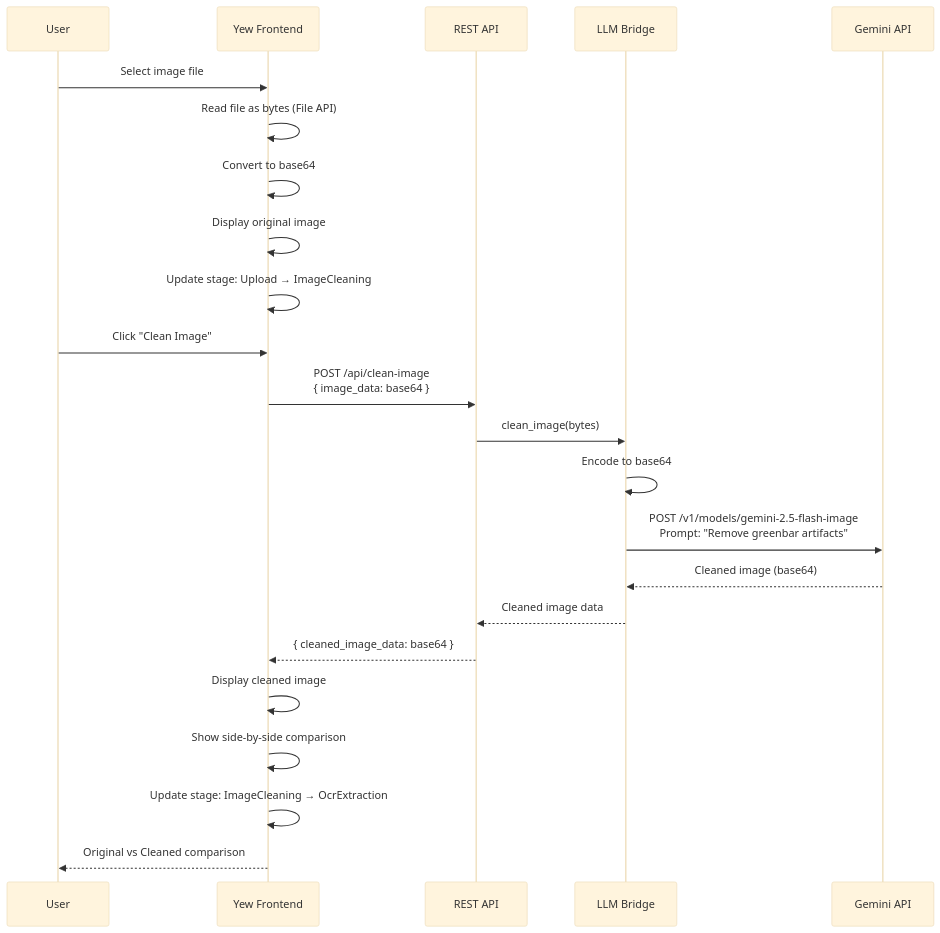
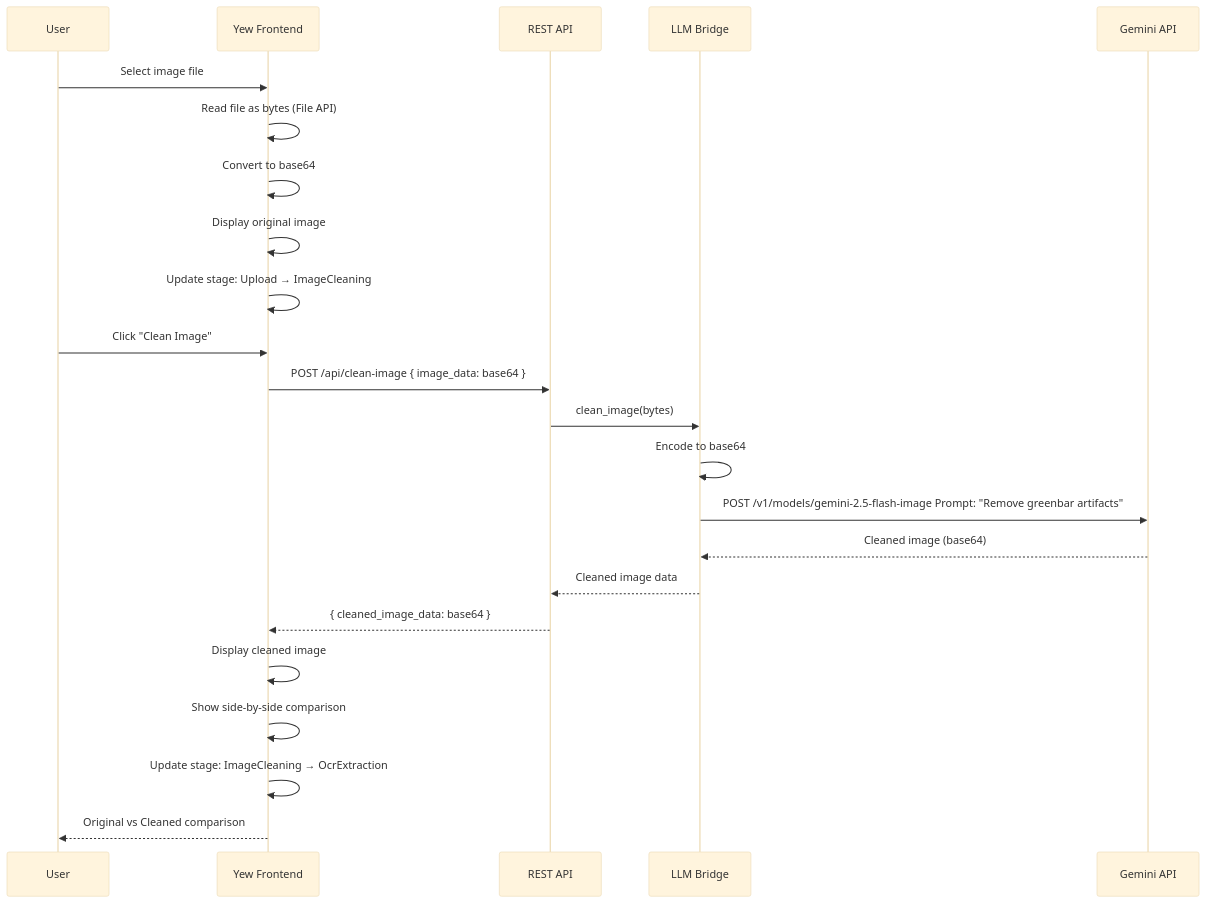
Before and after one commit to softwarewrighter/scan3data: the eighth of 15 diagrams in wiki/Data-Flow.md, drawn with Mermaid (base theme). The commit also changed other lines of this file and 6 other files, not shown here.

First line of the commit message:
Fix wiki Mermaid diagrams: remove <br/> tags

````diff
--- a/wiki/Data-Flow.md
+++ b/wiki/Data-Flow.md
@@ -309,28 +309,28 @@
 ```mermaid
 sequenceDiagram
     participant User
     participant UI as Yew Frontend
     participant API as REST API
     participant LLM as LLM Bridge
     participant Gemini as Gemini API
 
     User->>UI: Select image file
     UI->>UI: Read file as bytes (File API)
     UI->>UI: Convert to base64
     UI->>UI: Display original image
     UI->>UI: Update stage: Upload → ImageCleaning
 
     User->>UI: Click "Clean Image"
-    UI->>API: POST /api/clean-image<br/>{ image_data: base64 }
+    UI->>API: POST /api/clean-image { image_data: base64 }
     API->>LLM: clean_image(bytes)
     LLM->>LLM: Encode to base64
-    LLM->>Gemini: POST /v1/models/gemini-2.5-flash-image<br/>Prompt: "Remove greenbar artifacts"
+    LLM->>Gemini: POST /v1/models/gemini-2.5-flash-image Prompt: "Remove greenbar artifacts"
     Gemini-->>LLM: Cleaned image (base64)
     LLM-->>API: Cleaned image data
     API-->>UI: { cleaned_image_data: base64 }
 
     UI->>UI: Display cleaned image
     UI->>UI: Show side-by-side comparison
     UI->>UI: Update stage: ImageCleaning → OcrExtraction
     UI-->>User: Original vs Cleaned comparison
 ```
````
